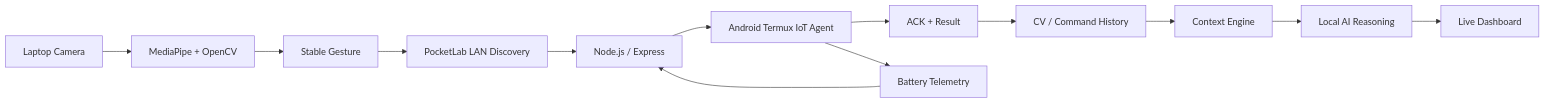
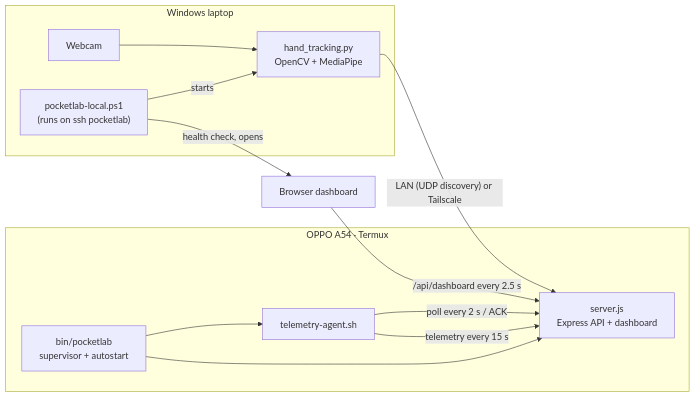
The diagram in README.md (akshatparashar/A54-PocketLab), drawn with Mermaid before and after one commit. The commit also changed other lines of this file and 21 other files, not shown here.

````diff
--- a/README.md
+++ b/README.md
@@ -88,16 +101,22 @@
 ```mermaid
 flowchart LR
-    A["Laptop Camera"] --> B["MediaPipe + OpenCV"]
-    B --> C["Stable Gesture"]
-    C --> D["PocketLab LAN Discovery"]
-    D --> E["Node.js / Express"]
-    E --> F["Android Termux IoT Agent"]
-    F --> G["ACK + Result"]
-    G --> H["CV / Command History"]
-    H --> I["Context Engine"]
-    I --> J["Local AI Reasoning"]
-    J --> K["Live Dashboard"]
+    subgraph Laptop["Windows laptop"]
+        CAM["Webcam"] --> CV["hand_tracking.py<br/>OpenCV + MediaPipe"]
+        L["pocketlab-local.ps1<br/>(runs on ssh pocketlab)"]
+    end
 
-    F --> L["Battery Telemetry"]
-    L --> E
+    subgraph Phone["OPPO A54 · Termux"]
+        SRV["server.js<br/>Express API + dashboard"]
+        AG["telemetry-agent.sh"]
+        SUP["bin/pocketlab<br/>supervisor + autostart"]
+        SUP --> SRV
+        SUP --> AG
+        AG -- "telemetry every 15 s" --> SRV
+        AG -- "poll every 2 s / ACK" --> SRV
+    end
+
+    CV -- "LAN (UDP discovery) or Tailscale" --> SRV
+    L -- "health check, opens" --> DASH["Browser dashboard"]
+    L -- "starts" --> CV
+    DASH -- "/api/dashboard every 2.5 s" --> SRV
 ```
````
